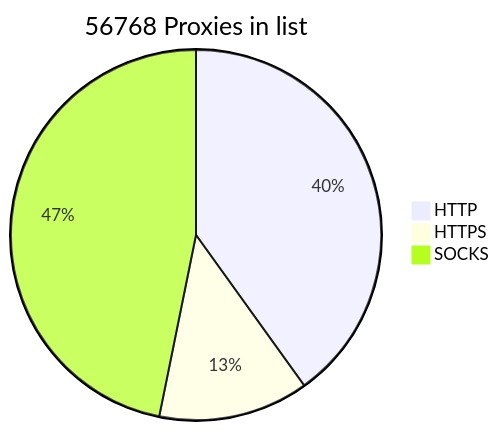
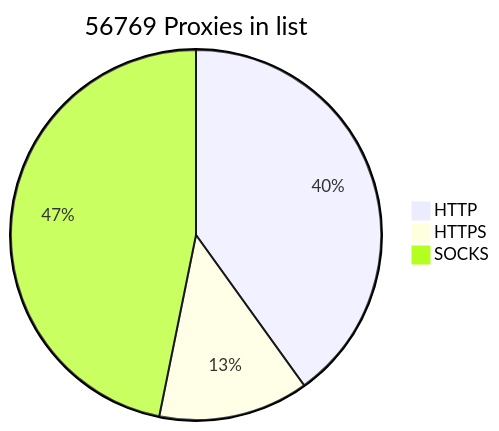
Before and after one commit to BlackSnowDot/proxylist-update-every-minute: the diagram in README.md, drawn with Mermaid.

````diff
--- a/README.md
+++ b/README.md
@@ -2,6 +2,6 @@
 ```mermaid
-pie title 56768 Proxies in list
+pie title 56769 Proxies in list
     "HTTP" : 25587
-    "HTTPS": 8366
+    "HTTPS": 8367
     "SOCKS" : 29888
 ```
````
